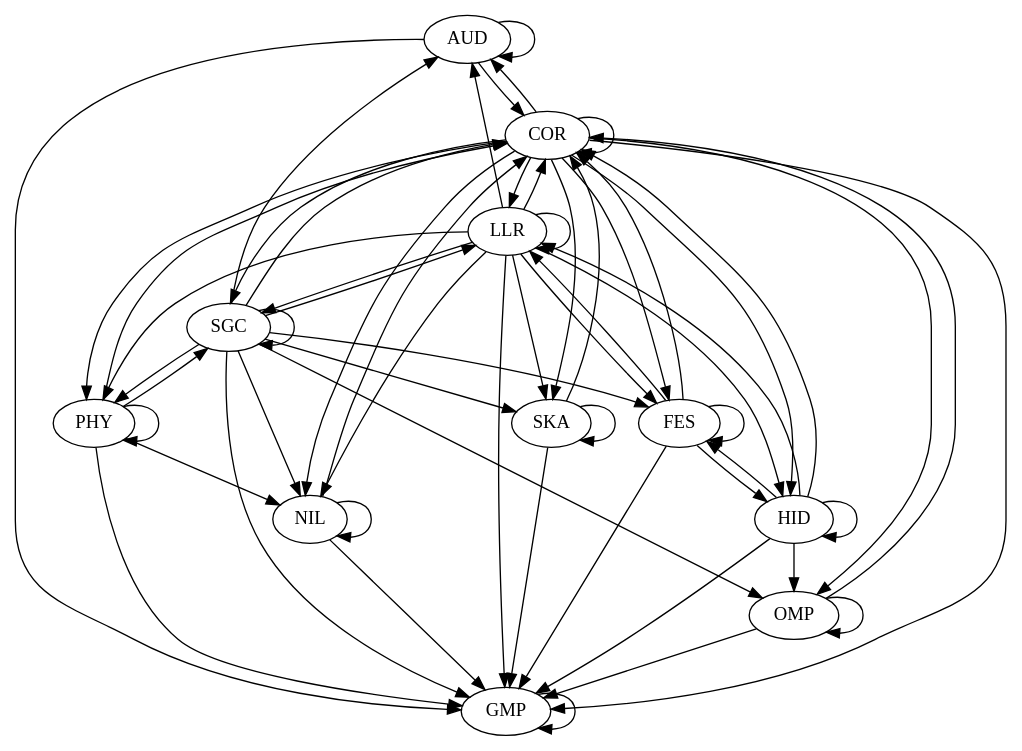
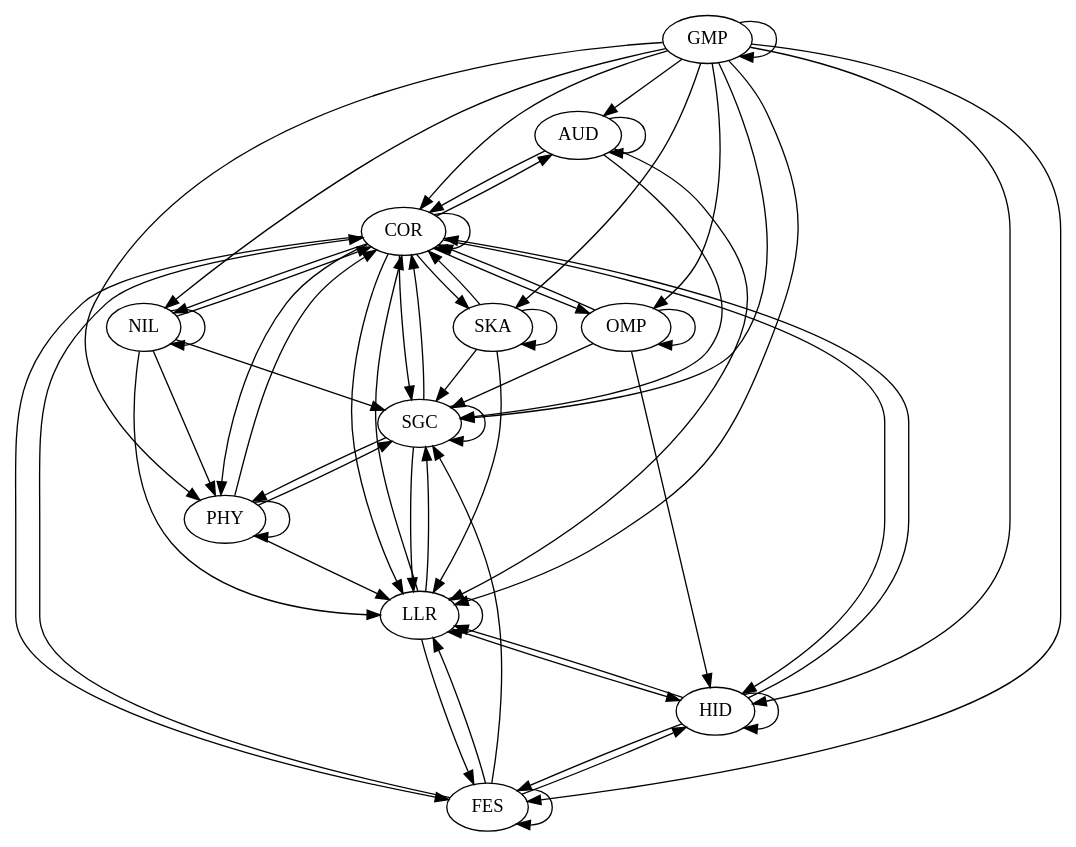
Before and after one commit to gamedev-studies/game-engine-analyser: the diagram in 6_architectural_map_gen/outputs/urho3d.dot, drawn with Graphviz. The commit also changed 9 other files, not shown here.

```diff
--- a/6_architectural_map_gen/outputs/urho3d.dot
+++ b/6_architectural_map_gen/outputs/urho3d.dot
@@ -1,62 +1,62 @@
 digraph "source tree" {
 	"AUD" -> "AUD"
+	"AUD" -> "COR"
+	"AUD" -> "LLR"
+	"AUD" -> "SGC"
 	"COR" -> "AUD"
-	"LLR" -> "AUD"
-	"SGC" -> "AUD"
-	"AUD" -> "COR"
 	"COR" -> "COR"
+	"COR" -> "FES"
+	"COR" -> "HID"
+	"COR" -> "LLR"
+	"COR" -> "NIL"
+	"COR" -> "OMP"
+	"COR" -> "PHY"
+	"COR" -> "SGC"
+	"COR" -> "SKA"
 	"FES" -> "COR"
+	"FES" -> "FES"
+	"FES" -> "HID"
+	"FES" -> "LLR"
+	"FES" -> "SGC"
+	"GMP" -> "AUD"
+	"GMP" -> "COR"
+	"GMP" -> "FES"
+	"GMP" -> "GMP"
+	"GMP" -> "HID"
+	"GMP" -> "LLR"
+	"GMP" -> "NIL"
+	"GMP" -> "OMP"
+	"GMP" -> "PHY"
+	"GMP" -> "SGC"
+	"GMP" -> "SKA"
 	"HID" -> "COR"
+	"HID" -> "FES"
+	"HID" -> "HID"
+	"HID" -> "LLR"
 	"LLR" -> "COR"
+	"LLR" -> "FES"
+	"LLR" -> "HID"
+	"LLR" -> "LLR"
+	"LLR" -> "SGC"
 	"NIL" -> "COR"
+	"NIL" -> "LLR"
+	"NIL" -> "NIL"
+	"NIL" -> "PHY"
+	"NIL" -> "SGC"
 	"OMP" -> "COR"
+	"OMP" -> "HID"
+	"OMP" -> "OMP"
+	"OMP" -> "SGC"
 	"PHY" -> "COR"
+	"PHY" -> "LLR"
+	"PHY" -> "PHY"
+	"PHY" -> "SGC"
 	"SGC" -> "COR"
+	"SGC" -> "LLR"
+	"SGC" -> "PHY"
+	"SGC" -> "SGC"
 	"SKA" -> "COR"
-	"COR" -> "FES"
-	"FES" -> "FES"
-	"HID" -> "FES"
-	"LLR" -> "FES"
-	"SGC" -> "FES"
-	"AUD" -> "GMP"
-	"COR" -> "GMP"
-	"FES" -> "GMP"
-	"GMP" -> "GMP"
-	"HID" -> "GMP"
-	"LLR" -> "GMP"
-	"NIL" -> "GMP"
-	"OMP" -> "GMP"
-	"PHY" -> "GMP"
-	"SGC" -> "GMP"
-	"SKA" -> "GMP"
-	"COR" -> "HID"
-	"FES" -> "HID"
-	"HID" -> "HID"
-	"LLR" -> "HID"
-	"COR" -> "LLR"
-	"FES" -> "LLR"
-	"HID" -> "LLR"
-	"LLR" -> "LLR"
-	"SGC" -> "LLR"
-	"COR" -> "NIL"
-	"LLR" -> "NIL"
-	"NIL" -> "NIL"
-	"PHY" -> "NIL"
-	"SGC" -> "NIL"
-	"COR" -> "OMP"
-	"HID" -> "OMP"
-	"OMP" -> "OMP"
-	"SGC" -> "OMP"
-	"COR" -> "PHY"
-	"LLR" -> "PHY"
-	"PHY" -> "PHY"
-	"SGC" -> "PHY"
-	"COR" -> "SGC"
-	"LLR" -> "SGC"
-	"PHY" -> "SGC"
-	"SGC" -> "SGC"
-	"COR" -> "SKA"
-	"LLR" -> "SKA"
-	"SGC" -> "SKA"
+	"SKA" -> "LLR"
+	"SKA" -> "SGC"
 	"SKA" -> "SKA"
 }
```
